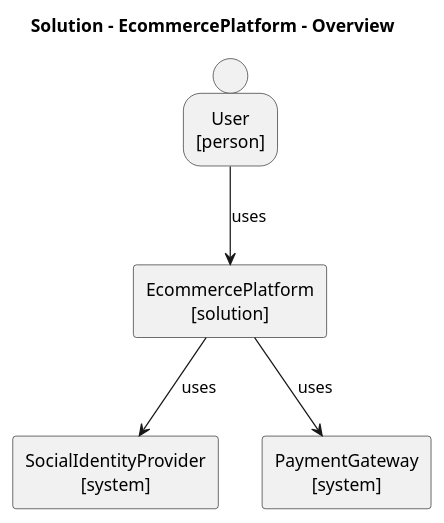
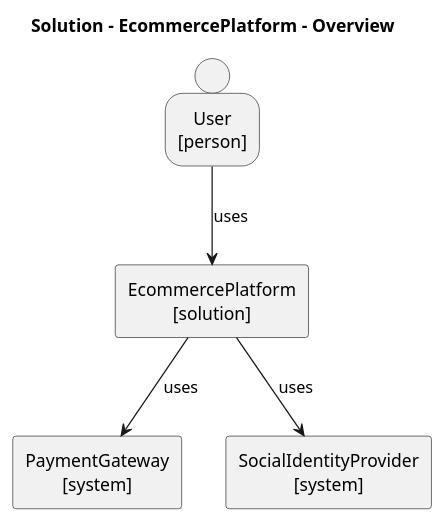
The diagram in src/doc/examples/design_example_step_3/views/plantuml/application/EcommercePlatform_overview.puml (tmorin/archicode), drawn with PlantUML before and after one commit. The commit also changed other lines of this file and 37 other files, not shown here.

```diff
--- a/src/doc/examples/design_example_step_3/views/plantuml/application/EcommercePlatform_overview.puml
+++ b/src/doc/examples/design_example_step_3/views/plantuml/application/EcommercePlatform_overview.puml
@@ -1,35 +1,35 @@
 @startuml EcommercePlatform_overview
 title Solution - EcommercePlatform - Overview
 skinparam defaultTextAlignment center
 skinparam defaultTextAlignment<<atomic>> center
 skinparam wrapWidth 200
 skinparam maxMessageSize 150
 hide stereotype
 <style>
 .composite {
 BackgroundColor: transparent
 LineColor: darkgray
 LineStyle: 5
 FontStyle: normal
 }
 </style>
+person User <<atomic>> <<person>> [
+User
+[person]
+]
+rectangle PaymentGateway <<system>> <<atomic>> [
+PaymentGateway
+[system]
+]
 rectangle SocialIdentityProvider <<system>> <<atomic>> [
 SocialIdentityProvider
 [system]
-]
-person User <<atomic>> <<person>> [
-User
-[person]
 ]
 rectangle EcommercePlatform <<solution>> <<atomic>> [
 EcommercePlatform
 [solution]
 ]
-rectangle PaymentGateway <<system>> <<atomic>> [
-PaymentGateway
-[system]
-]
+EcommercePlatform --> SocialIdentityProvider : uses
+User --> EcommercePlatform : uses
 EcommercePlatform --> PaymentGateway : uses
-User --> EcommercePlatform : uses
-EcommercePlatform --> SocialIdentityProvider : uses
 @enduml
```
